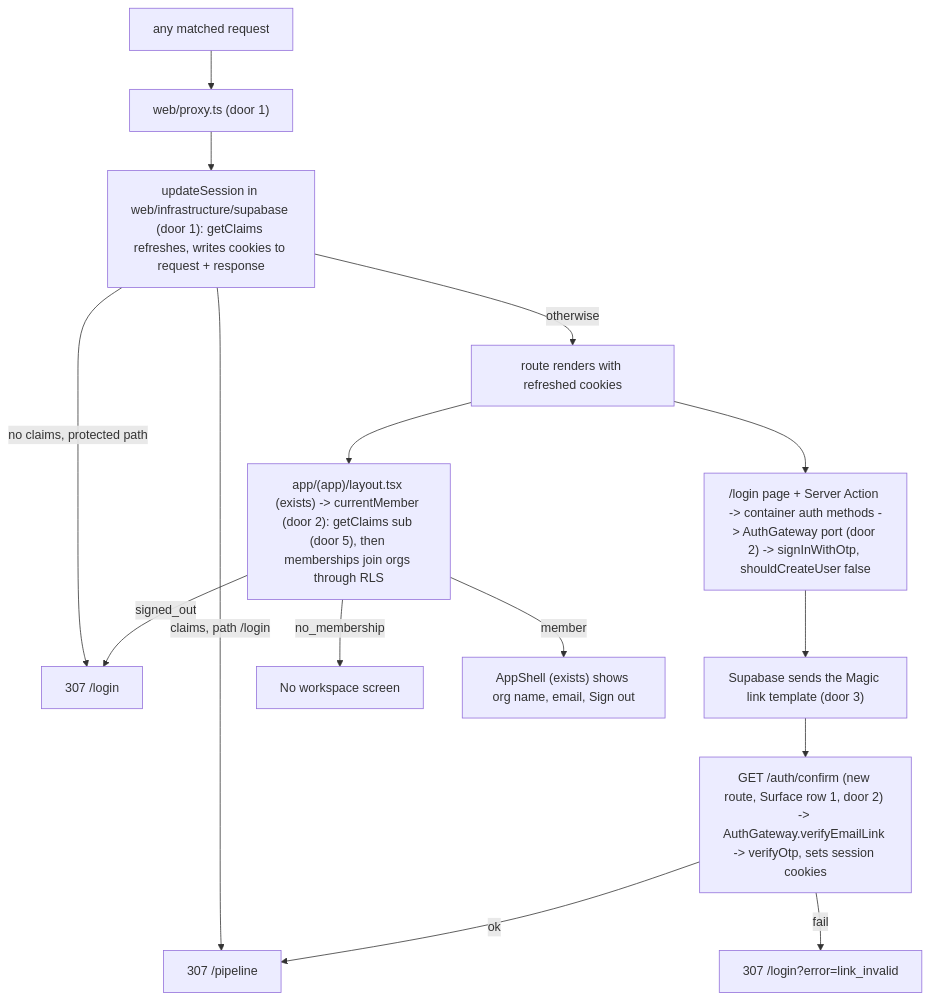
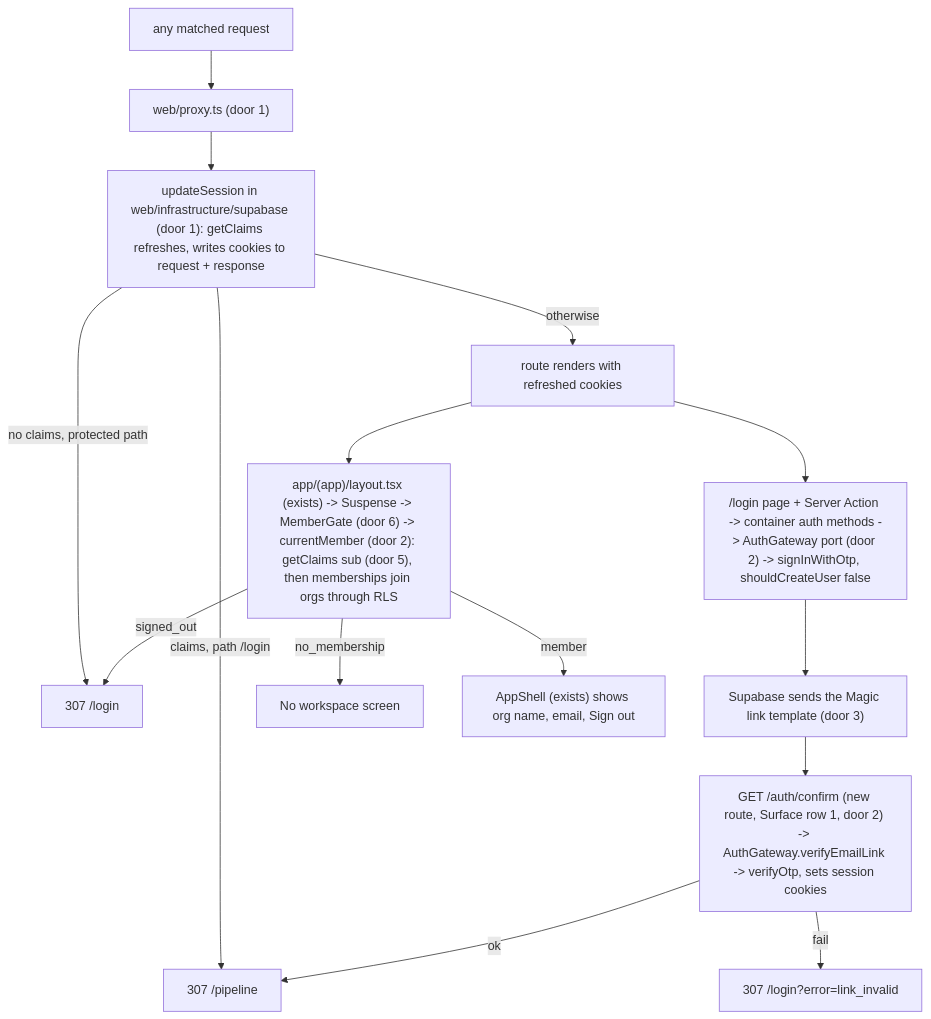
The diagram in .specs/features/auth-magic-link/plan.md (Felipeact/service-agreement), drawn with Mermaid before and after one commit. The commit also changed other lines of this file and 39 other files, not shown here.

````diff
--- a/.specs/features/auth-magic-link/plan.md
+++ b/.specs/features/auth-magic-link/plan.md
@@ -26,17 +26,17 @@
 ```mermaid
 flowchart TD
     REQ[any matched request] --> PX["web/proxy.ts (door 1)"]
     PX --> US["updateSession in web/infrastructure/supabase (door 1): getClaims refreshes, writes cookies to request + response"]
     US -->|no claims, protected path| L307["307 /login"]
     US -->|claims, path /login| P307["307 /pipeline"]
     US -->|otherwise| PAGE[route renders with refreshed cookies]
     PAGE --> LOGIN["/login page + Server Action -> container auth methods -> AuthGateway port (door 2) -> signInWithOtp, shouldCreateUser false"]
     LOGIN --> MAIL["Supabase sends the Magic link template (door 3)"]
     MAIL --> CONF["GET /auth/confirm (new route, Surface row 1, door 2) -> AuthGateway.verifyEmailLink -> verifyOtp, sets session cookies"]
     CONF -->|ok| P307
     CONF -->|fail| LERR["307 /login?error=link_invalid"]
-    PAGE --> LAYOUT["app/(app)/layout.tsx (exists) -> currentMember (door 2): getClaims sub (door 5), then memberships join orgs through RLS"]
+    PAGE --> LAYOUT["app/(app)/layout.tsx (exists) -> Suspense -> MemberGate (door 6) -> currentMember (door 2): getClaims sub (door 5), then memberships join orgs through RLS"]
     LAYOUT -->|signed_out| L307
     LAYOUT -->|no_membership| NOWS[No workspace screen]
     LAYOUT -->|member| SHELL["AppShell (exists) shows org name, email, Sign out"]
 ```
````
